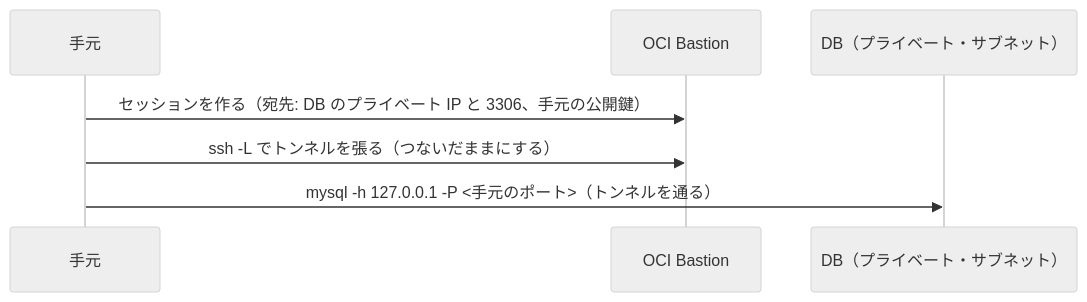
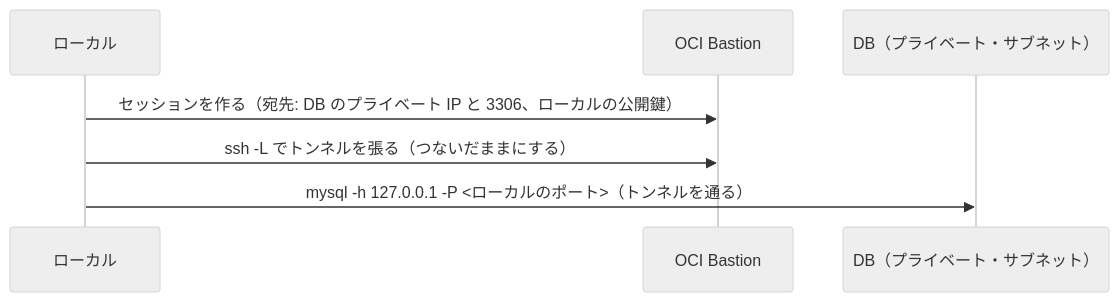
Before and after one commit to h-akira/AlwaysFreePlatform: the diagram in docs/references/oci-bastion.md, drawn with Mermaid (neutral theme). The commit also changed other lines of this file and 14 other files, not shown here.

````diff
--- a/docs/references/oci-bastion.md
+++ b/docs/references/oci-bastion.md
@@ -27,9 +27,9 @@
 ```mermaid
 sequenceDiagram
-  participant L as 手元
+  participant L as ローカル
   participant B as OCI Bastion
   participant D as DB（プライベート・サブネット）
-  L->>B: セッションを作る（宛先: DB のプライベート IP と 3306、手元の公開鍵）
+  L->>B: セッションを作る（宛先: DB のプライベート IP と 3306、ローカルの公開鍵）
   L->>B: ssh -L でトンネルを張る（つないだままにする）
-  L->>D: mysql -h 127.0.0.1 -P <手元のポート>（トンネルを通る）
+  L->>D: mysql -h 127.0.0.1 -P <ローカルのポート>（トンネルを通る）
 ```
````
